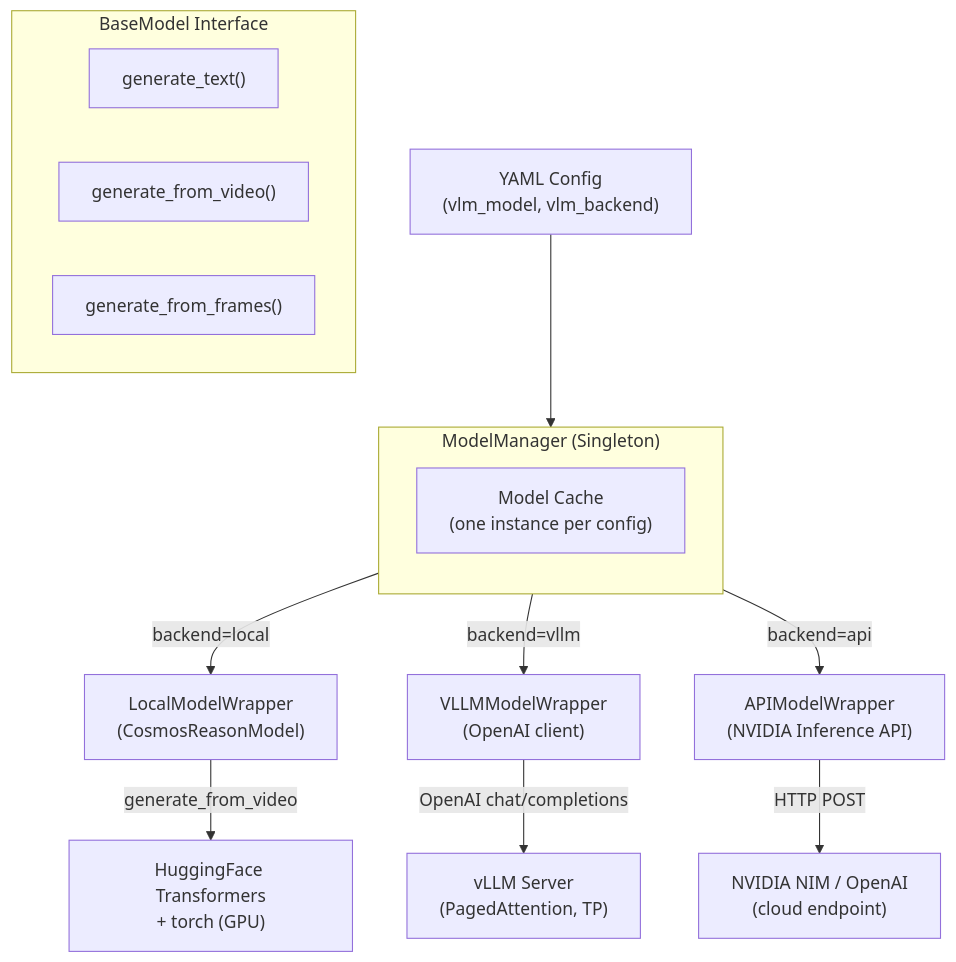
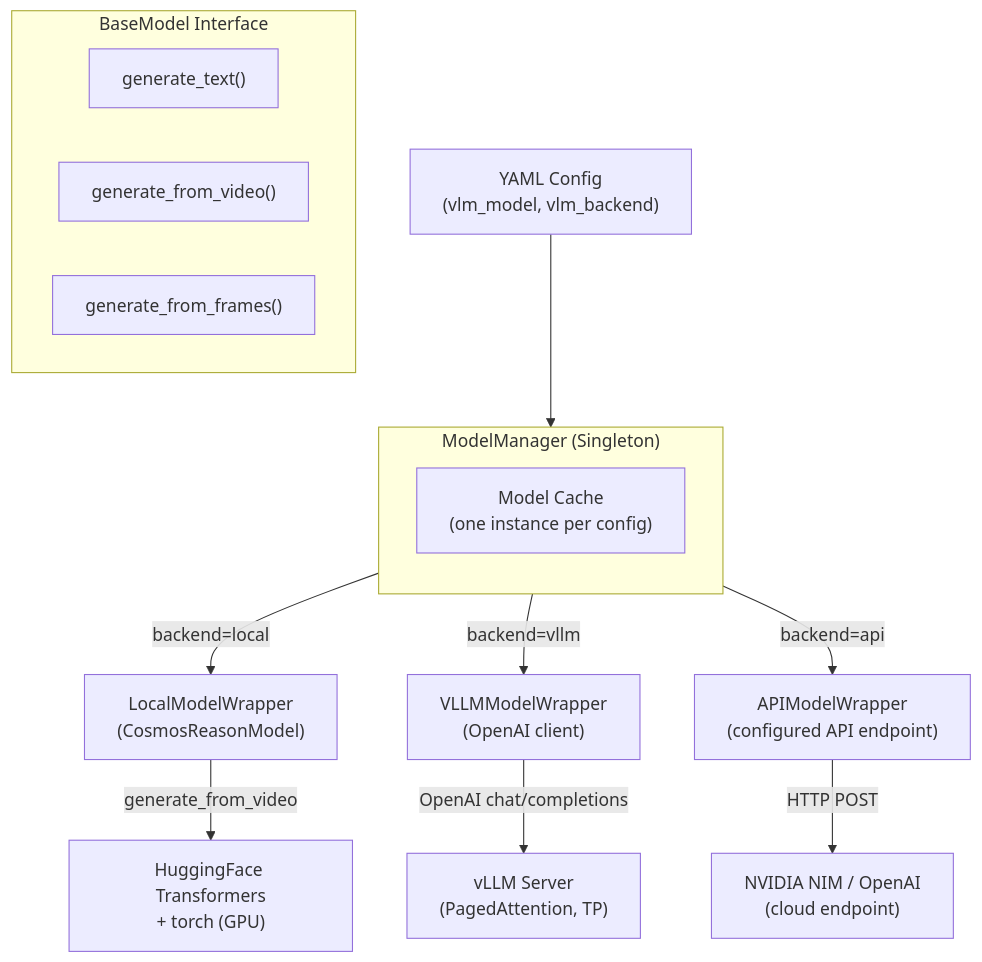
One commit to MVerghese/video_to_data changed the first of 2 diagrams in video_ingestion_agent/docs/pages/model_backends.rst. Above: the diagram before and after it, drawn with Mermaid. The commit also changed other lines of this file and 100 other files, not shown here.

```diff
--- a/video_ingestion_agent/docs/pages/model_backends.rst
+++ b/video_ingestion_agent/docs/pages/model_backends.rst
@@ -40,23 +40,23 @@
 .. mermaid::
 
    flowchart TD
        subgraph ModelManager["ModelManager (Singleton)"]
            direction TB
            Cache["Model Cache\n(one instance per config)"]
        end
 
        Config["YAML Config\n(vlm_model, vlm_backend)"] --> ModelManager
        ModelManager -->|backend=local| Local["LocalModelWrapper\n(CosmosReasonModel)"]
        ModelManager -->|backend=vllm| VLLM["VLLMModelWrapper\n(OpenAI client)"]
-       ModelManager -->|backend=api| API["APIModelWrapper\n(NVIDIA Inference API)"]
+       ModelManager -->|backend=api| API["APIModelWrapper\n(configured API endpoint)"]
 
        Local -->|generate_from_video| HF["HuggingFace Transformers\n+ torch (GPU)"]
        VLLM -->|OpenAI chat/completions| Server["vLLM Server\n(PagedAttention, TP)"]
        API -->|HTTP POST| Cloud["NVIDIA NIM / OpenAI\n(cloud endpoint)"]
 
        subgraph BaseModel["BaseModel Interface"]
            direction LR
            M1["generate_text()"]
            M2["generate_from_video()"]
            M3["generate_from_frames()"]
        end
```
